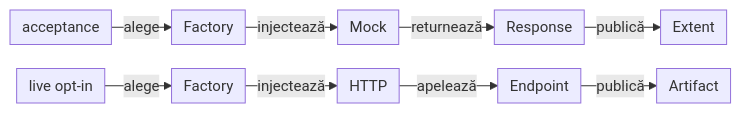
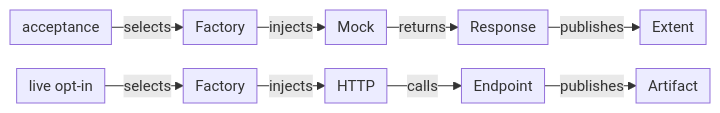
Before and after one commit to crististefanita/atf_j1: the sixth of 12 diagrams in docs/ATF_Architecture.md, drawn with Mermaid. The commit also changed other lines of this file and 83 other files, not shown here.

````diff
--- a/docs/ATF_Architecture.md
+++ b/docs/ATF_Architecture.md
@@ -414,13 +416,13 @@
 ```mermaid
 %%{init: {"themeVariables":{"fontSize":"15px"},"themeCSS":".nodeLabel, .nodeLabel p { font-size: 15px !important; line-height: 1.35 !important; } .edgeLabel, .edgeLabel p { font-size: 12px !important; font-weight: 400 !important; line-height: 1.2 !important; } .edgeLabel .labelBkg, .edgeLabel p { background: transparent !important; } .edgeLabel foreignObject { transform: translateY(-18px); overflow: visible; } .node rect { rx: 6px; ry: 6px; }","flowchart":{"curve":"linear","nodeSpacing":24,"rankSpacing":24,"padding":6,"diagramPadding":20}}}%%
 flowchart LR
-    Scenario["acceptance"] -->|alege| Factory["Factory"]
-    Factory -->|injectează| Fake["Mock"]
-    Fake -->|returnează| Offline["Response"]
-    Offline -->|publică| Report["Extent"]
+    Scenario["acceptance"] -->|selects| Factory["Factory"]
+    Factory -->|injects| Fake["Mock"]
+    Fake -->|returns| Offline["Response"]
+    Offline -->|publishes| Report["Extent"]
 
-    Live["live opt-in"] -->|alege| FactoryLive["Factory"]
-    FactoryLive -->|injectează| Http["HTTP"]
-    Http -->|apelează| Server["Endpoint"]
-    Server -->|publică| LiveReport["Artifact"]
+    Live["live opt-in"] -->|selects| FactoryLive["Factory"]
+    FactoryLive -->|injects| Http["HTTP"]
+    Http -->|calls| Server["Endpoint"]
+    Server -->|publishes| LiveReport["Artifact"]
 ```
````
